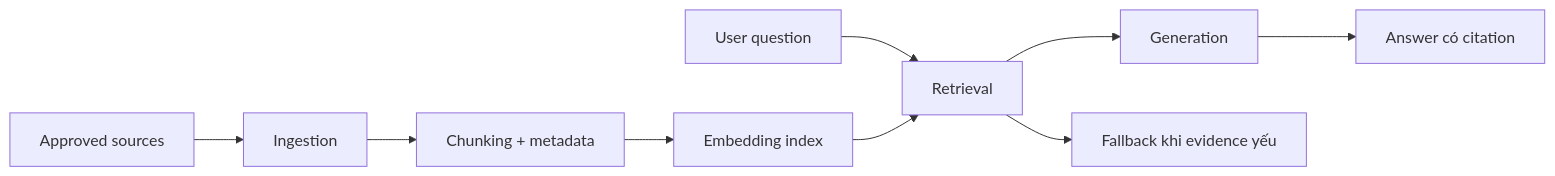
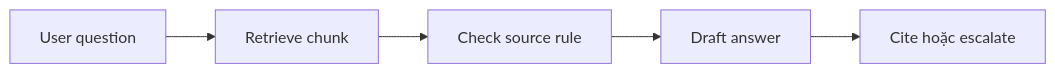
The first of 2 diagrams in docs/vi/lessons/embeddings-rag-and-knowledge/index.md (anhtnt90dev/ai-for-ba), drawn with Mermaid before and after one commit. The commit also changed other lines of this file and 40 other files, not shown here.

````diff
--- a/docs/vi/lessons/embeddings-rag-and-knowledge/index.md
+++ b/docs/vi/lessons/embeddings-rag-and-knowledge/index.md
@@ -68,11 +84,12 @@
 ```mermaid
 flowchart LR
-    A["Approved sources"] --> B["Ingestion"]
-    B --> C["Chunking + metadata"]
-    C --> D["Embedding index"]
-    Q["User question"] --> R["Retrieval"]
-    D --> R
-    R --> G["Generation"]
-    G --> H["Answer có citation"]
-    R --> F["Fallback khi evidence yếu"]
+    A["User question"]
+    B["Retrieve chunk"]
+    A --> B
+    C["Check source rule"]
+    B --> C
+    D["Draft answer"]
+    C --> D
+    E["Cite hoặc escalate"]
+    D --> E
 ```
````
